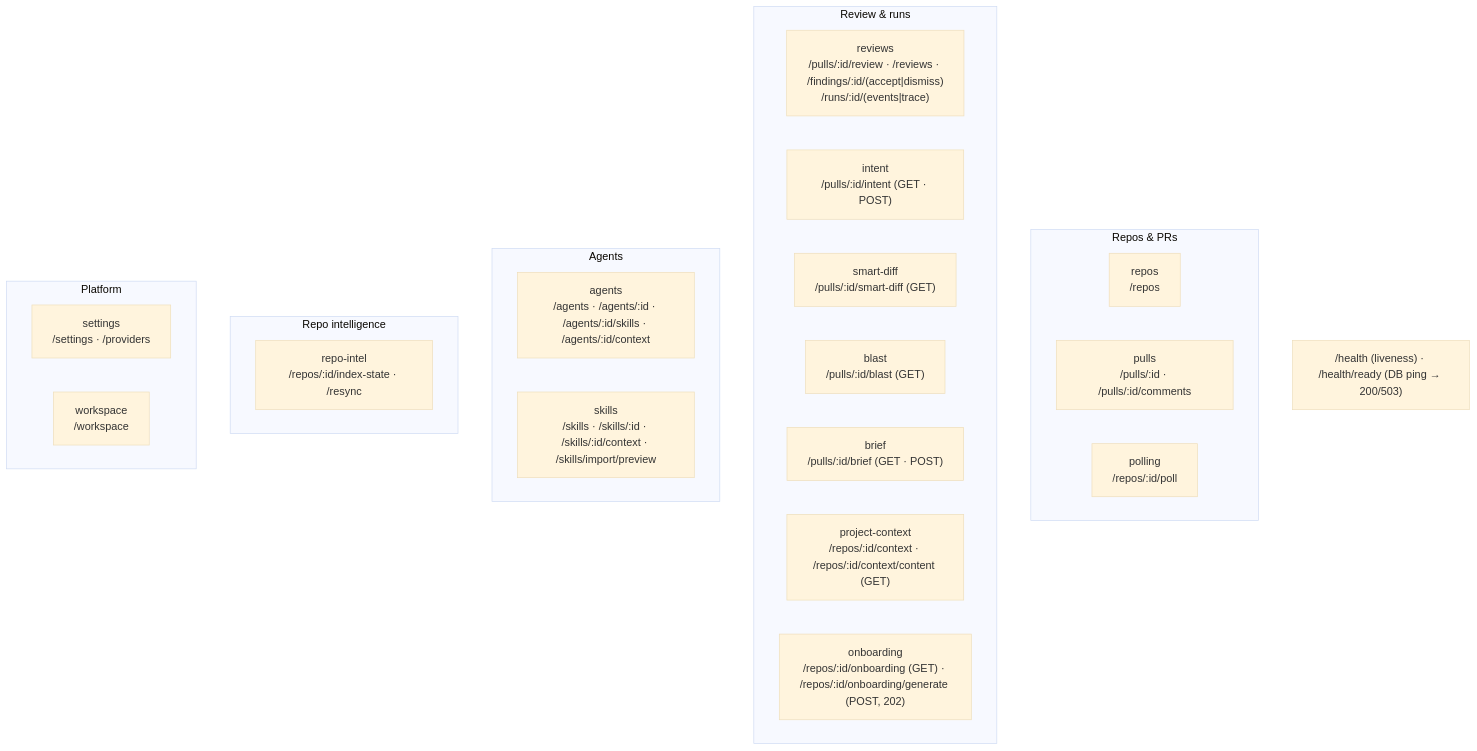
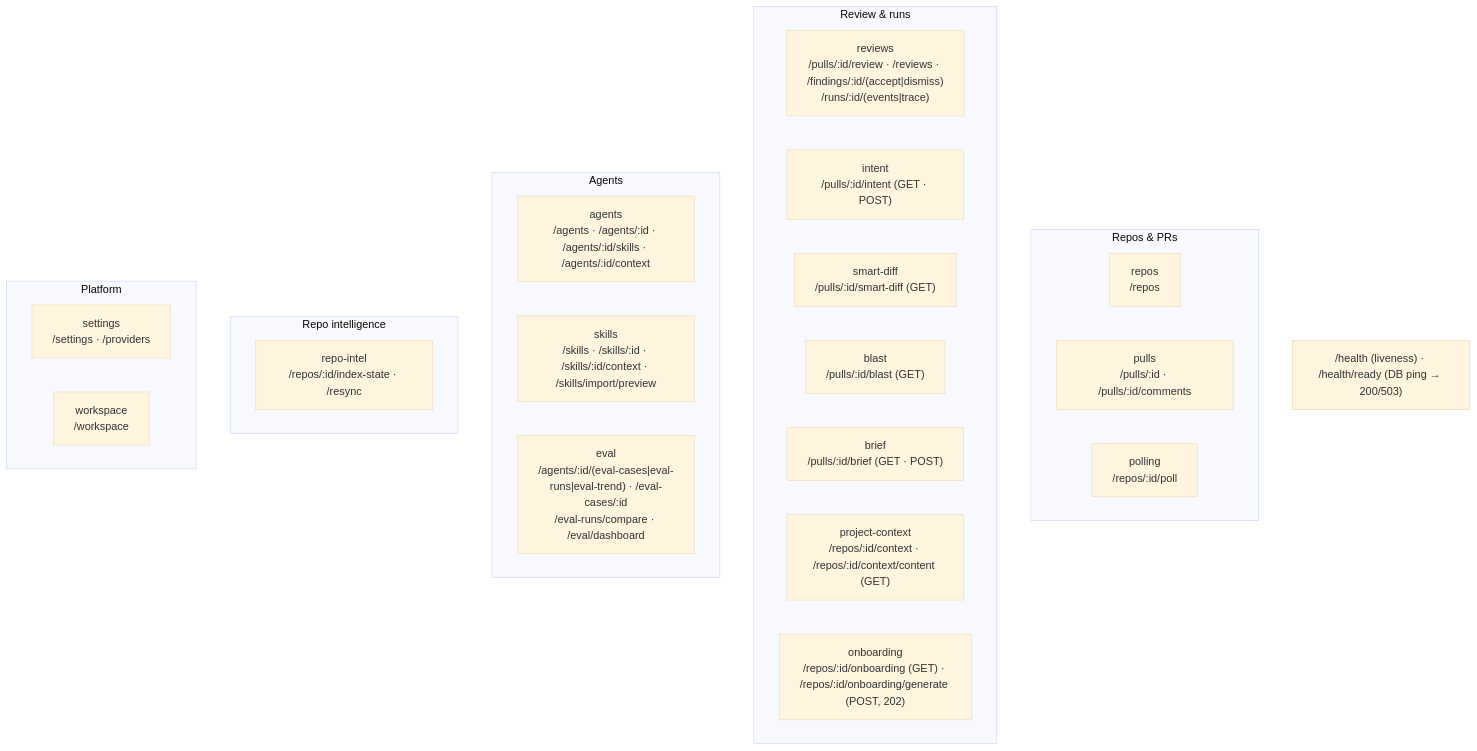
Before and after one commit to artemmmon/dev-digest: the second of 2 diagrams in server/README.md, drawn with Mermaid (base theme). The commit also changed other lines of this file and 135 other files, not shown here.

First line of the commit message:
feat: HW6 Eval Pipeline — cases from findings, async scored runs, Evals tab, Eval Dashboard and Compare

````diff
--- a/server/README.md
+++ b/server/README.md
@@ -69,29 +69,30 @@
 ```mermaid
 flowchart TB
   subgraph Repos_PRs["Repos & PRs"]
     repos["repos<br/>/repos"]
     pulls["pulls<br/>/pulls/:id · /pulls/:id/comments"]
     polling["polling<br/>/repos/:id/poll"]
   end
   subgraph Review["Review & runs"]
     reviews["reviews<br/>/pulls/:id/review · /reviews · /findings/:id/(accept|dismiss)<br/>/runs/:id/(events|trace)"]
     intent["intent<br/>/pulls/:id/intent (GET · POST)"]
     smartDiff["smart-diff<br/>/pulls/:id/smart-diff (GET)"]
     blast["blast<br/>/pulls/:id/blast (GET)"]
     brief["brief<br/>/pulls/:id/brief (GET · POST)"]
     projectContext["project-context<br/>/repos/:id/context · /repos/:id/context/content (GET)"]
     onboarding["onboarding<br/>/repos/:id/onboarding (GET) · /repos/:id/onboarding/generate (POST, 202)"]
   end
   subgraph Agents["Agents"]
     agents["agents<br/>/agents · /agents/:id · /agents/:id/skills · /agents/:id/context"]
     skills["skills<br/>/skills · /skills/:id · /skills/:id/context · /skills/import/preview"]
+    evalModule["eval<br/>/agents/:id/(eval-cases|eval-runs|eval-trend) · /eval-cases/:id<br/>/eval-runs/compare · /eval/dashboard"]
   end
   subgraph Intel["Repo intelligence"]
     repoIntel["repo-intel<br/>/repos/:id/index-state · /resync"]
   end
   subgraph Platform["Platform"]
     settings["settings<br/>/settings · /providers"]
     workspace["workspace<br/>/workspace"]
   end
   HEALTH["/health (liveness) · /health/ready (DB ping → 200/503)"]
 ```
````
